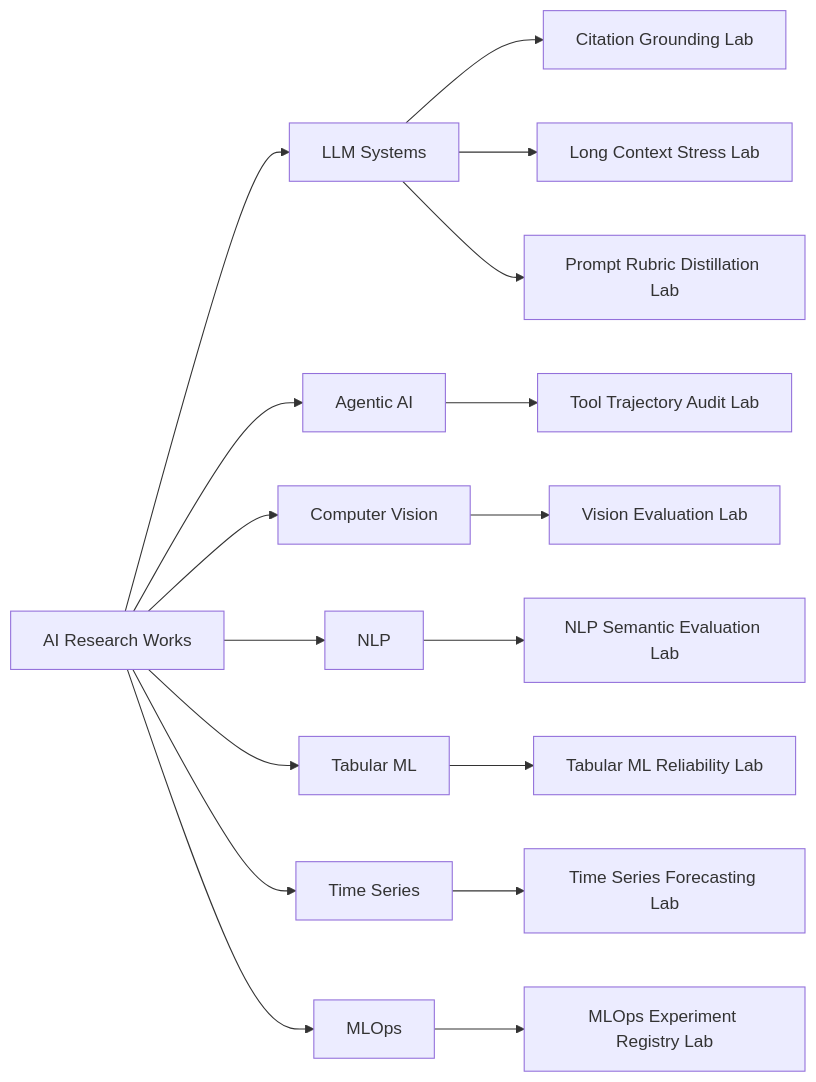
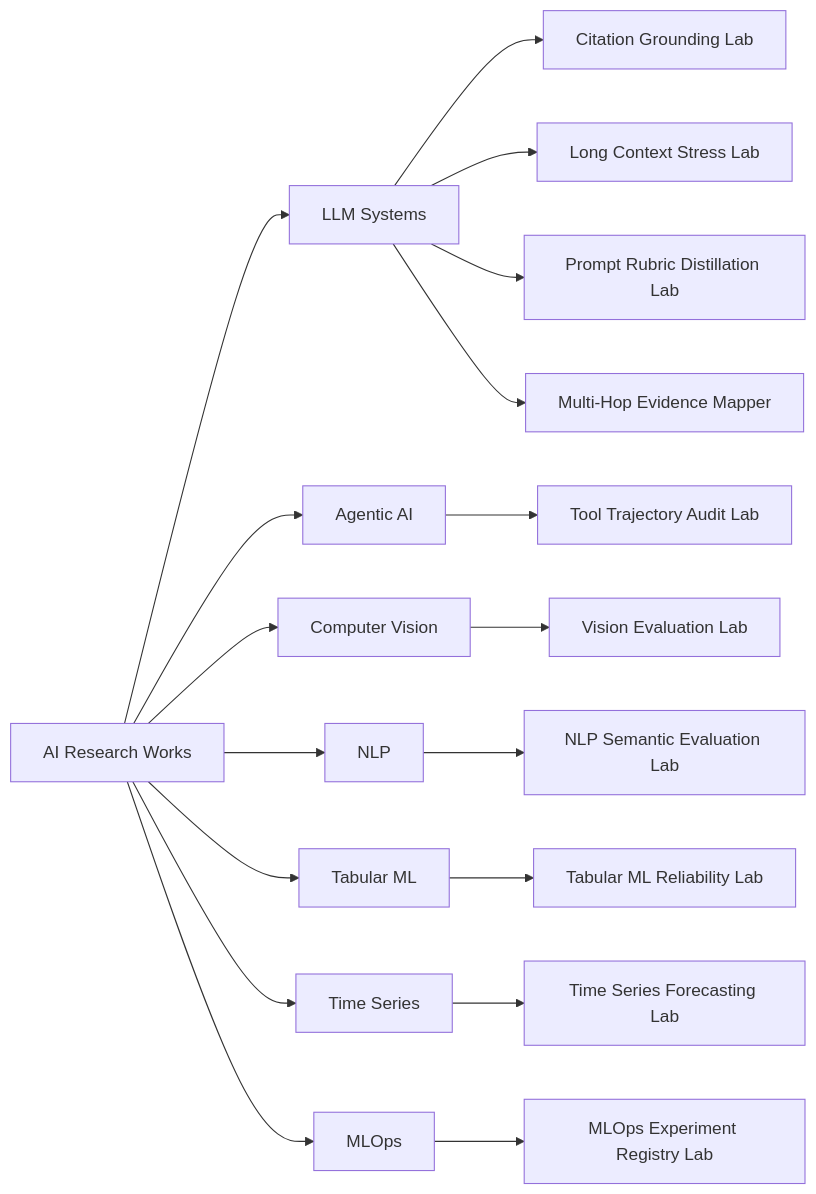
Before and after one commit to akifitu/ai-research-works: the diagram in README.md, drawn with Mermaid. The commit also changed other lines of this file and 20 other files, not shown here.

Commit message:
Add multi hop evidence mapper to AI research works

````diff
--- a/README.md
+++ b/README.md
@@ -23,19 +23,20 @@
 ```mermaid
 flowchart LR
     Repo[AI Research Works] --> LLM[LLM Systems]
     Repo --> Agents[Agentic AI]
     Repo --> CV[Computer Vision]
     Repo --> NLP[NLP]
     Repo --> ML[Tabular ML]
     Repo --> TS[Time Series]
     Repo --> MLOps[MLOps]
     LLM --> CGL[Citation Grounding Lab]
     LLM --> LCSL[Long Context Stress Lab]
     LLM --> PRDL[Prompt Rubric Distillation Lab]
+    LLM --> MHEM[Multi-Hop Evidence Mapper]
     Agents --> TTAL[Tool Trajectory Audit Lab]
     CV --> VEL[Vision Evaluation Lab]
     NLP --> NSEL[NLP Semantic Evaluation Lab]
     ML --> TMRL[Tabular ML Reliability Lab]
     TS --> TSFL[Time Series Forecasting Lab]
     MLOps --> MERL[MLOps Experiment Registry Lab]
 ```
````
